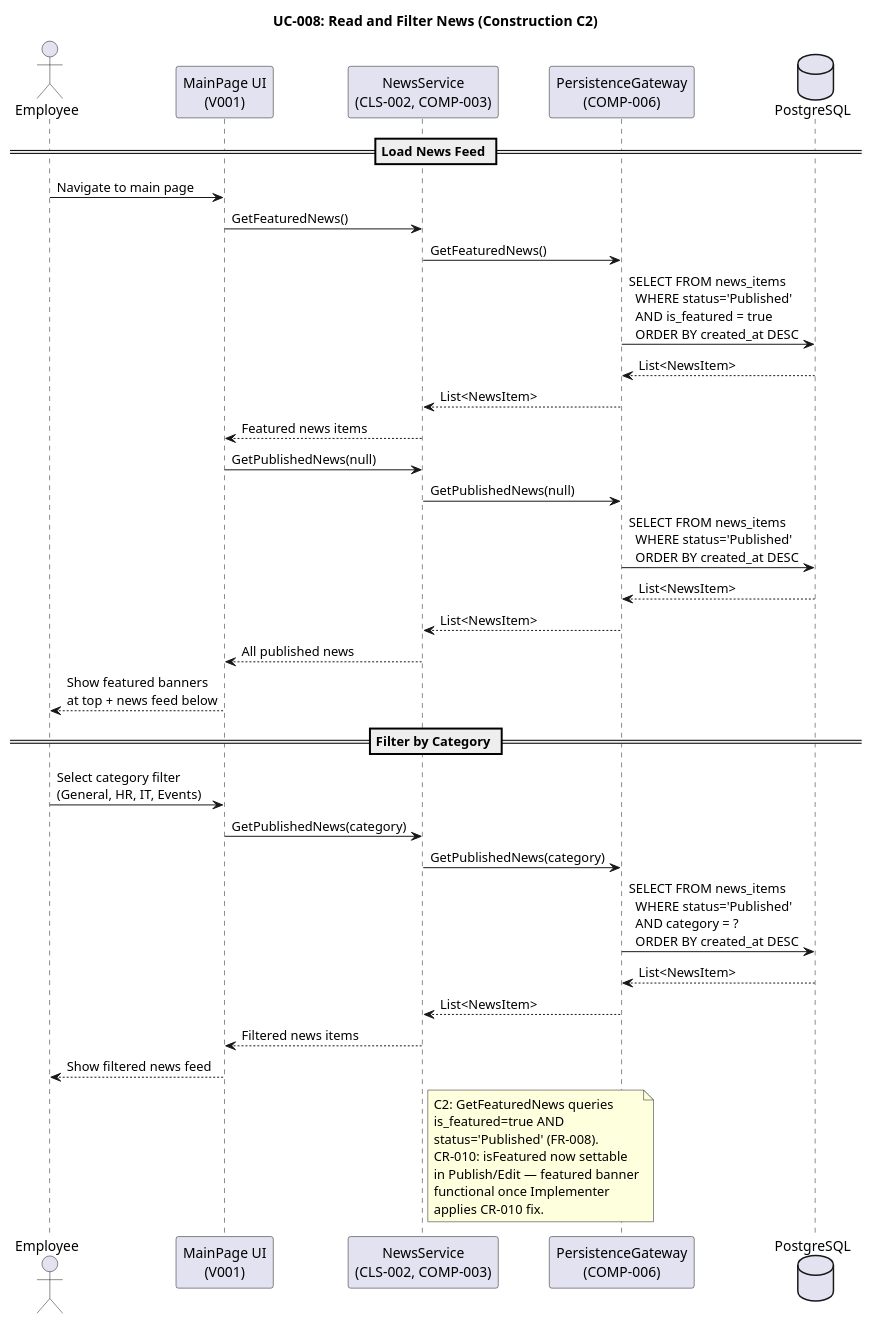
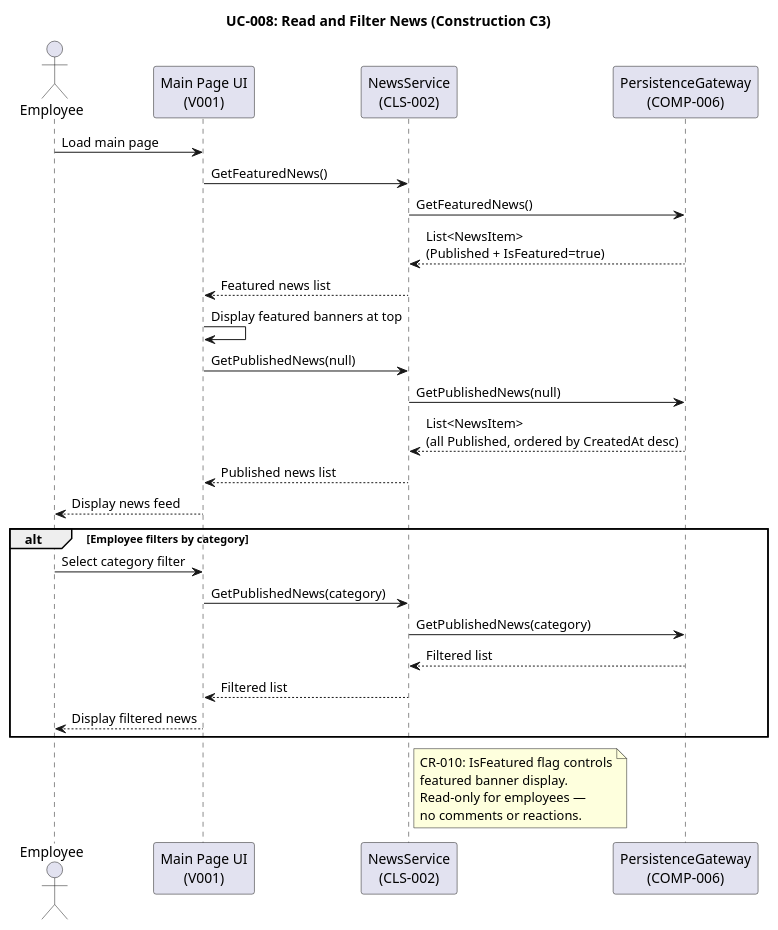
One commit to banense-test/portal-cuba-corp changed the ninth of 31 diagrams in docs/artifacts/analysis---design/design-model.md. Above: the diagram before and after it, drawn with PlantUML. The commit also changed other lines of this file, not shown here.

````diff
--- a/docs/artifacts/analysis---design/design-model.md
+++ b/docs/artifacts/analysis---design/design-model.md
@@ -671,51 +591,41 @@
 ```plantuml
 @startuml
-title UC-008: Read and Filter News (Construction C2)
+title UC-008: Read and Filter News (Construction C3)
 
 actor Employee as EMP
-participant "MainPage UI\n(V001)" as UI
-participant "NewsService\n(CLS-002, COMP-003)" as SVC
+participant "Main Page UI\n(V001)" as UI
+participant "NewsService\n(CLS-002)" as SVC
 participant "PersistenceGateway\n(COMP-006)" as DB
-database "PostgreSQL" as PG
 
-== Load News Feed ==
+EMP -> UI : Load main page
 
-EMP -> UI : Navigate to main page
 UI -> SVC : GetFeaturedNews()
 SVC -> DB : GetFeaturedNews()
-DB -> PG : SELECT FROM news_items\n  WHERE status='Published'\n  AND is_featured = true\n  ORDER BY created_at DESC
-PG --> DB : List<NewsItem>
-DB --> SVC : List<NewsItem>
-SVC --> UI : Featured news items
+DB --> SVC : List<NewsItem>\n(Published + IsFeatured=true)
+SVC --> UI : Featured news list
+UI -> UI : Display featured banners at top
 
 UI -> SVC : GetPublishedNews(null)
 SVC -> DB : GetPublishedNews(null)
-DB -> PG : SELECT FROM news_items\n  WHERE status='Published'\n  ORDER BY created_at DESC
-PG --> DB : List<NewsItem>
-DB --> SVC : List<NewsItem>
-SVC --> UI : All published news
-UI --> EMP : Show featured banners\nat top + news feed below
+DB --> SVC : List<NewsItem>\n(all Published, ordered by CreatedAt desc)
+SVC --> UI : Published news list
+UI --> EMP : Display news feed
 
-== Filter by Category ==
-
-EMP -> UI : Select category filter\n(General, HR, IT, Events)
-UI -> SVC : GetPublishedNews(category)
-SVC -> DB : GetPublishedNews(category)
-DB -> PG : SELECT FROM news_items\n  WHERE status='Published'\n  AND category = ?\n  ORDER BY created_at DESC
-PG --> DB : List<NewsItem>
-DB --> SVC : List<NewsItem>
-SVC --> UI : Filtered news items
-UI --> EMP : Show filtered news feed
+alt Employee filters by category
+  EMP -> UI : Select category filter
+  UI -> SVC : GetPublishedNews(category)
+  SVC -> DB : GetPublishedNews(category)
+  DB --> SVC : Filtered list
+  SVC --> UI : Filtered list
+  UI --> EMP : Display filtered news
+end
 
 note right of SVC
-  C2: GetFeaturedNews queries
-  is_featured=true AND
-  status='Published' (FR-008).
-  CR-010: isFeatured now settable
-  in Publish/Edit — featured banner
-  functional once Implementer
-  applies CR-010 fix.
+  CR-010: IsFeatured flag controls
+  featured banner display.
+  Read-only for employees —
+  no comments or reactions.
 end note
 
 @enduml
 ```
````
